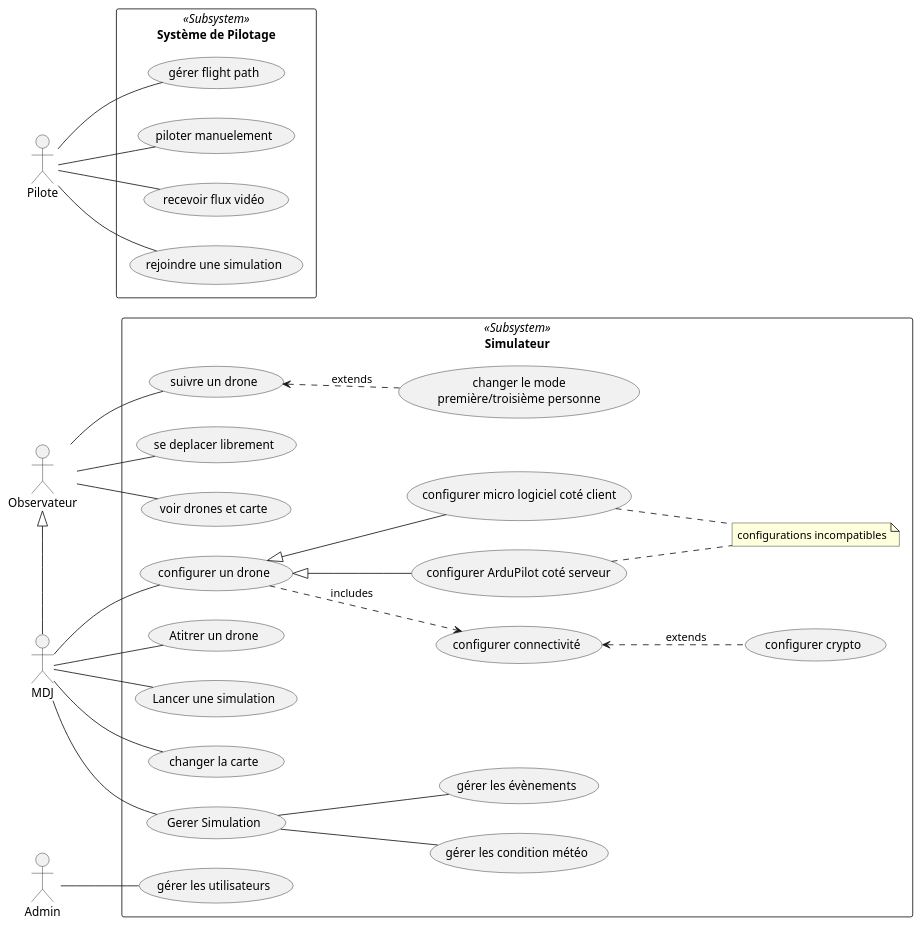
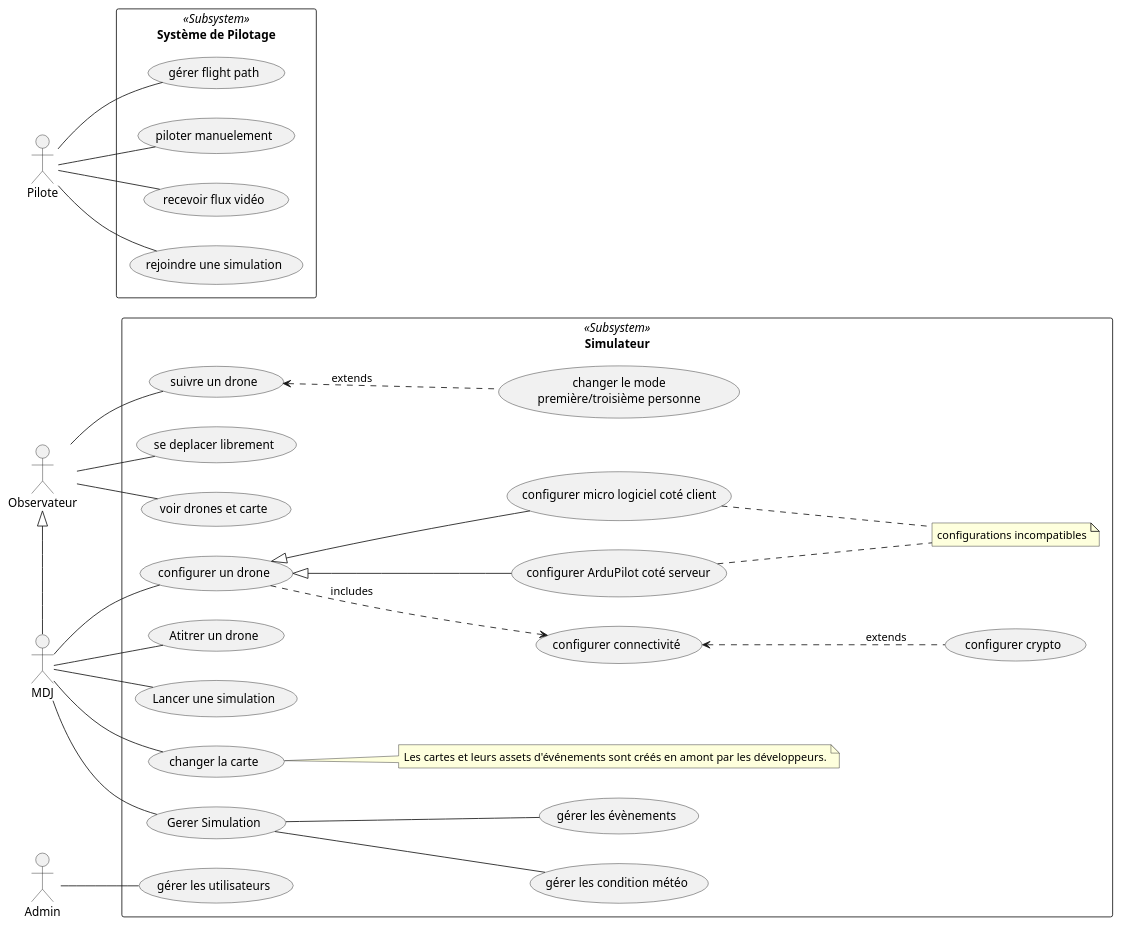
Before and after one commit to tombartos/SAE-DRONE: the diagram in doc/simulateur_uc.puml, drawn with PlantUML.

Commit message:
modif uc

```diff
--- a/doc/simulateur_uc.puml
+++ b/doc/simulateur_uc.puml
@@ -1,60 +1,63 @@
 @startuml
 
 left to right direction
 
 actor Observateur
 actor MDJ
 actor Pilote
 actor Admin
 'actor Admin
 
 rectangle "Système de Pilotage" <<Subsystem>> as SysPilot {
     Pilote -- (gérer flight path)
     Pilote -- (piloter manuelement)
     Pilote -- (recevoir flux vidéo)
     Pilote -- (rejoindre une simulation)
 }
+
 
 
 
 MDJ -left-|> Observateur
 
 rectangle Simulateur <<Subsystem>> {
 
     usecase (suivre un drone) as follow_drone
 
     follow_drone <.down. (changer le mode\npremière/troisième personne) : extends
 
     Observateur -- (se deplacer librement)
     Observateur -- (voir drones et carte)
     Observateur -- follow_drone
 
     usecase (configurer un drone) as cfg_drone
     usecase (configurer connectivité) as cfg_conn
     usecase (configurer crypto) as cfg_crypt
     usecase (configurer ArduPilot coté serveur) as cfg_ardu_ss
     usecase (configurer micro logiciel coté client) as cfg_ardu_cs
     usecase (Atitrer un drone) as cfg_attrib_drone
     usecase (Lancer une simulation) as cfg_sim
     note "configurations incompatibles" as mutex1
+    note "Les cartes et leurs assets d'événements sont créés en amont par les développeurs." as note1
 
     cfg_drone .down.> cfg_conn : includes
     cfg_conn <.down. cfg_crypt : extends
     cfg_drone <|-- cfg_ardu_ss 
     cfg_drone <|-- cfg_ardu_cs 
     cfg_ardu_ss .. mutex1
     cfg_ardu_cs .. mutex1
 
     MDJ -- (changer la carte)
+    (changer la carte) .. note1
     MDJ -- (Gerer Simulation)
     (Gerer Simulation) -- (gérer les condition météo)
     (Gerer Simulation) -- (gérer les évènements)
     MDJ -- cfg_drone
     MDJ -- cfg_attrib_drone
     MDJ -- cfg_sim
 
     Admin -- (gérer les utilisateurs)
 
 }
 
 @enduml
```
